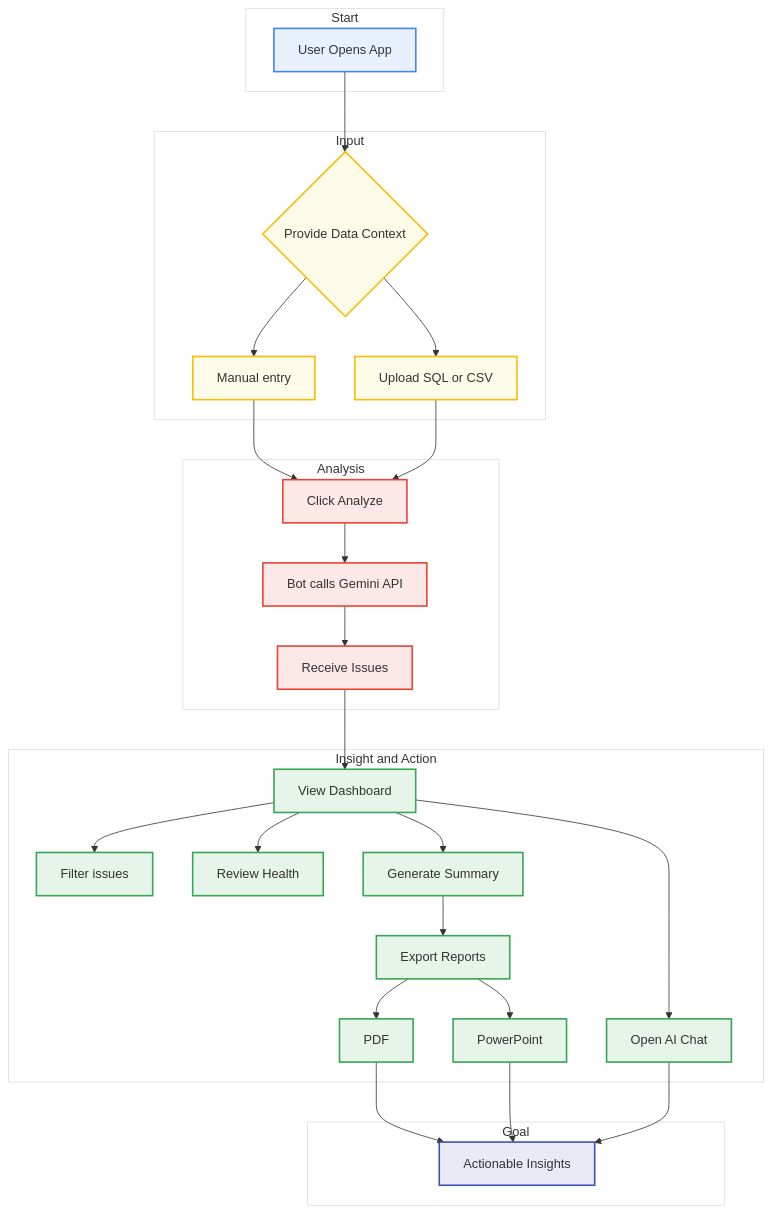
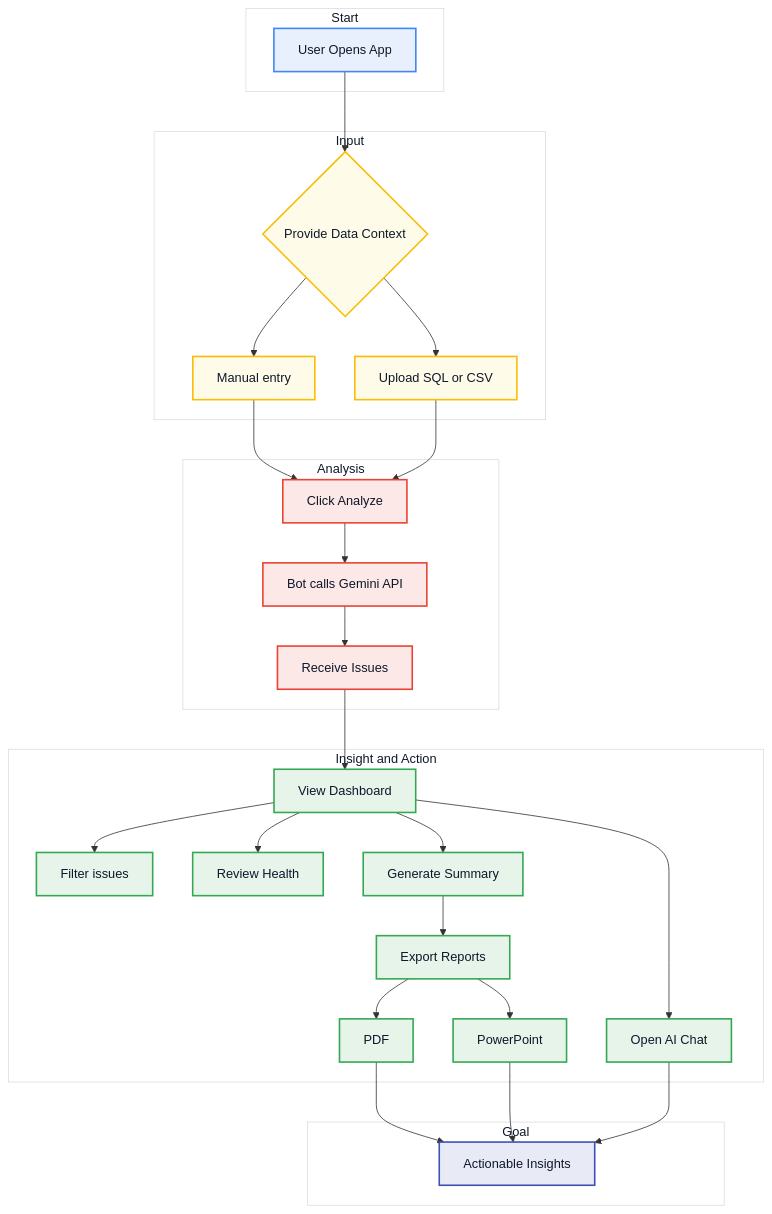
The second of 2 diagrams in README.md (chtsalvishal/DQ_Gen_AI_Bot), drawn with Mermaid before and after one commit. The commit also changed other lines of this file, not shown here.

First line of the commit message:
docs: Improve Mermaid diagram readability

````diff
--- a/README.md
+++ b/README.md
@@ -71,56 +71,56 @@
 ```mermaid
 graph TD
     subgraph sg1 [Start]
         A[User Opens App]:::startNode
     end
 
     subgraph sg2 [Input]
         B{Provide Data Context}:::inputNode
         B1[Manual entry]:::inputNode
         B2[Upload SQL or CSV]:::inputNode
     end
     
     subgraph sg3 [Analysis]
         C[Click Analyze]:::analysisNode
         D[Bot calls Gemini API]:::analysisNode
         E[Receive Issues]:::analysisNode
     end
 
     subgraph sg4 [Insight and Action]
         F[View Dashboard]:::insightNode
         F1[Filter issues]:::insightNode
         F2[Review Health]:::insightNode
         G[Open AI Chat]:::insightNode
         H[Generate Summary]:::insightNode
         I[Export Reports]:::insightNode
         I1[PDF]:::insightNode
         I2[PowerPoint]:::insightNode
     end
     
     subgraph sg5 [Goal]
        J[Actionable Insights]:::goalNode
     end
 
     A --> B
     B --> B1 & B2
     B1 --> C
     B2 --> C
     C --> D --> E --> F
     F --> F1 & F2 & G & H
     H --> I --> I1 & I2
     I1 --> J
     I2 --> J
     G --> J
     
-    style sg1 fill:#FFFFFF,stroke:#DADCE0
-    style sg2 fill:#FFFFFF,stroke:#DADCE0
-    style sg3 fill:#FFFFFF,stroke:#DADCE0
-    style sg4 fill:#FFFFFF,stroke:#DADCE0
-    style sg5 fill:#FFFFFF,stroke:#DADCE0
+    style sg1 fill:#FFFFFF,stroke:#DADCE0,color:#0f172a
+    style sg2 fill:#FFFFFF,stroke:#DADCE0,color:#0f172a
+    style sg3 fill:#FFFFFF,stroke:#DADCE0,color:#0f172a
+    style sg4 fill:#FFFFFF,stroke:#DADCE0,color:#0f172a
+    style sg5 fill:#FFFFFF,stroke:#DADCE0,color:#0f172a
 
-    classDef startNode fill:#E8F0FE,stroke:#4285F4,stroke-width:2px
-    classDef inputNode fill:#FEFCE8,stroke:#FBBC05,stroke-width:2px
-    classDef analysisNode fill:#FCE8E6,stroke:#EA4335,stroke-width:2px
-    classDef insightNode fill:#E6F4EA,stroke:#34A853,stroke-width:2px
-    classDef goalNode fill:#E8EAF6,stroke:#3F51B5,stroke-width:2px
+    classDef startNode fill:#E8F0FE,stroke:#4285F4,stroke-width:2px,color:#0f172a
+    classDef inputNode fill:#FEFCE8,stroke:#FBBC05,stroke-width:2px,color:#0f172a
+    classDef analysisNode fill:#FCE8E6,stroke:#EA4335,stroke-width:2px,color:#0f172a
+    classDef insightNode fill:#E6F4EA,stroke:#34A853,stroke-width:2px,color:#0f172a
+    classDef goalNode fill:#E8EAF6,stroke:#3F51B5,stroke-width:2px,color:#0f172a
 ```
````
